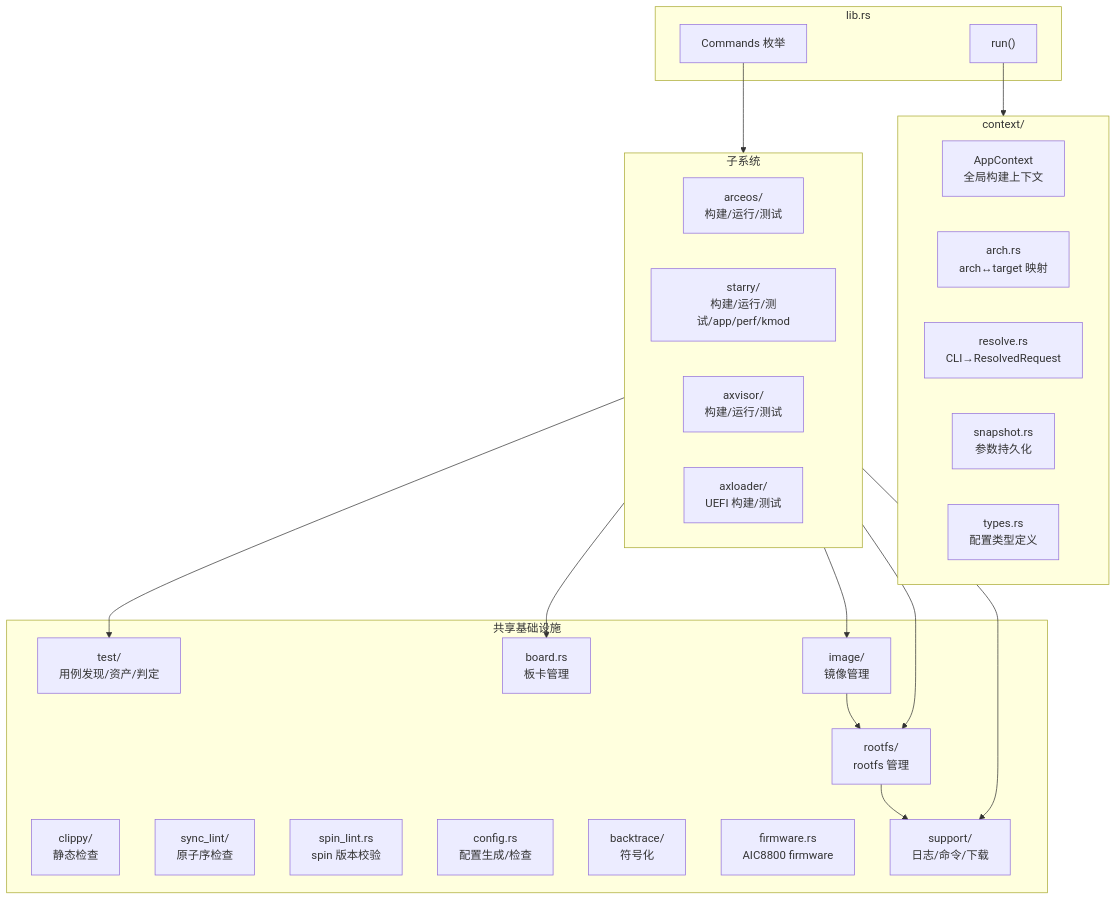
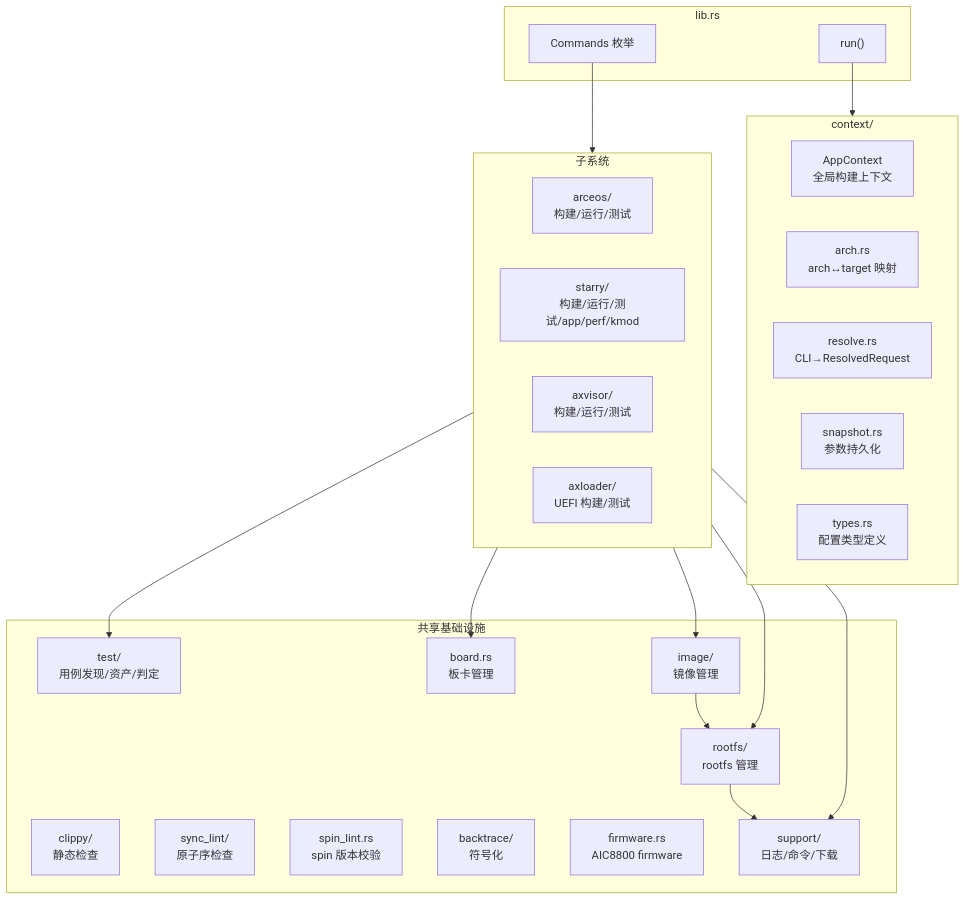
Before and after one commit to rcore-os/tgoskits: the second of 3 diagrams in docs/docs/build/overview.md, drawn with Mermaid. The commit also changed other lines of this file and 45 other files, not shown here.

````diff
--- a/docs/docs/build/overview.md
+++ b/docs/docs/build/overview.md
@@ -51,46 +49,45 @@
 ```mermaid
 graph TD
     subgraph CLI["lib.rs"]
         CLI_RUN["run()"]
         CLI_CMD["Commands 枚举"]
     end
 
     subgraph CTX["context/"]
         APP["AppContext<br/>全局构建上下文"]
         ARCH["arch.rs<br/>arch↔target 映射"]
         RESOLVE["resolve.rs<br/>CLI→ResolvedRequest"]
         SNAP["snapshot.rs<br/>参数持久化"]
         TYPES["types.rs<br/>配置类型定义"]
     end
 
     subgraph OS["子系统"]
         ARCEOS["arceos/<br/>构建/运行/测试"]
         STARRY["starry/<br/>构建/运行/测试/app/perf/kmod"]
         AXVISOR["axvisor/<br/>构建/运行/测试"]
         AXLOADER["axloader/<br/>UEFI 构建/测试"]
     end
 
     subgraph SHARED["共享基础设施"]
         TEST["test/<br/>用例发现/资产/判定"]
         ROOTFS["rootfs/<br/>rootfs 管理"]
         BOARD["board.rs<br/>板卡管理"]
         CLIPPY["clippy/<br/>静态检查"]
         SYNC_LINT["sync_lint/<br/>原子序检查"]
         SPIN_LINT["spin_lint.rs<br/>spin 版本校验"]
-        CONFIG["config.rs<br/>配置生成/检查"]
         IMAGE["image/<br/>镜像管理"]
         BACKTRACE["backtrace/<br/>符号化"]
         FIRMWARE["firmware.rs<br/>AIC8800 firmware"]
         SUPPORT["support/<br/>日志/命令/下载"]
     end
 
     CLI_RUN --> CTX
     CLI_CMD --> OS
     OS --> TEST
     OS --> ROOTFS
     OS --> IMAGE
     OS --> BOARD
     OS --> SUPPORT
     IMAGE --> ROOTFS
     ROOTFS --> SUPPORT
 ```
````
